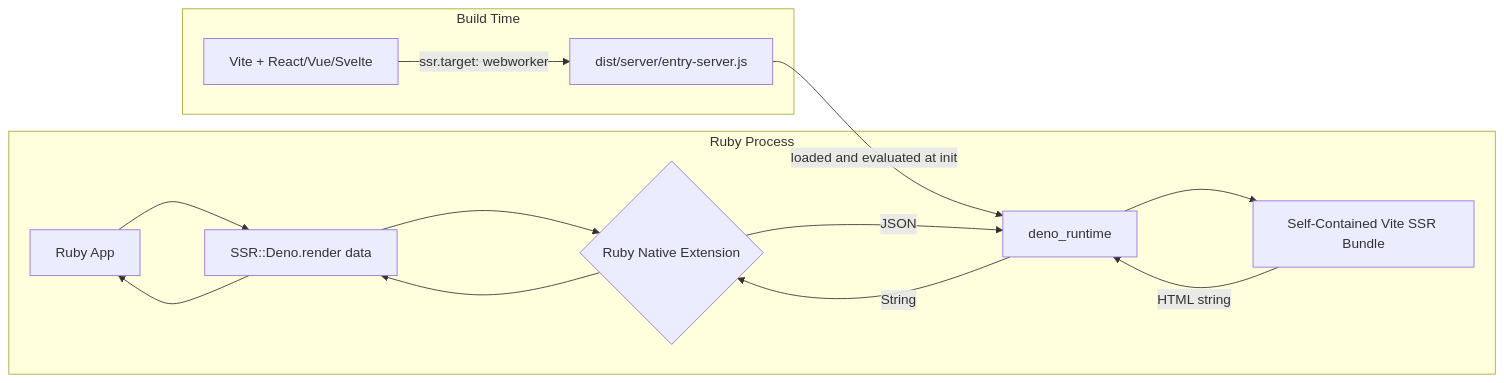
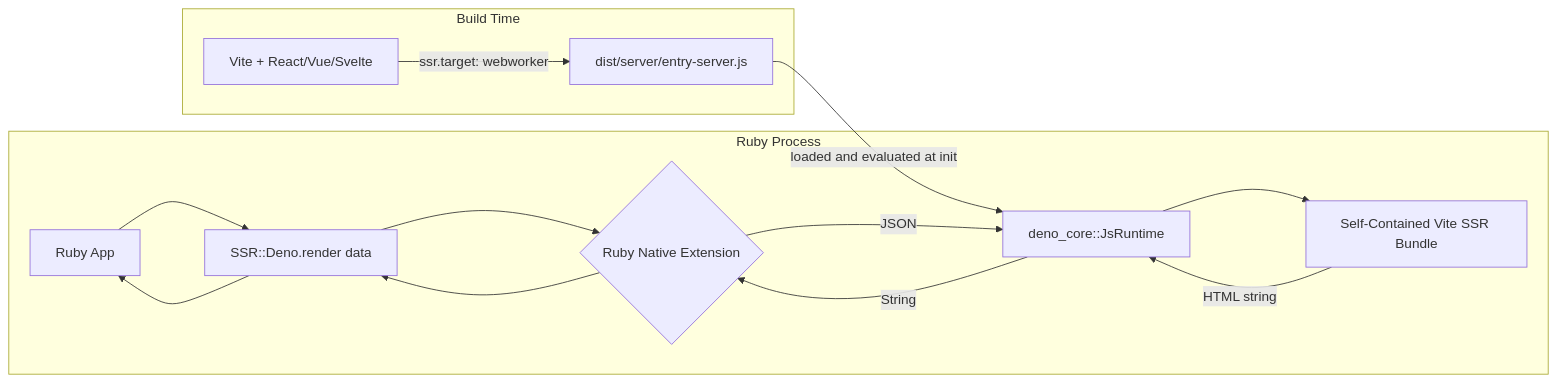
Before and after one commit to mdesantis/ssr-deno: the first of 4 diagrams in plans/architecture.md, drawn with Mermaid. The commit also changed other lines of this file and 1 other file, not shown here.

First line of the commit message:
Update remaining deno_runtime references to deno_core::JsRuntime

````diff
--- a/plans/architecture.md
+++ b/plans/architecture.md
@@ -9,19 +9,19 @@
 ```mermaid
 flowchart LR
     subgraph Ruby Process
         A[Ruby App] --> B[SSR::Deno.render data]
         B --> C{Ruby Native Extension}
-        C -->|JSON| D[deno_runtime]
+        C -->|JSON| D[deno_core::JsRuntime]
         D --> E[Self-Contained Vite SSR Bundle]
         E -->|HTML string| D
         D -->|String| C
         C --> B
         B --> A
     end
 
     subgraph Build Time
         F[Vite + React/Vue/Svelte] -->|ssr.target: webworker| G[dist/server/entry-server.js]
     end
 
     G -->|loaded and evaluated at init| D
 ```
````
